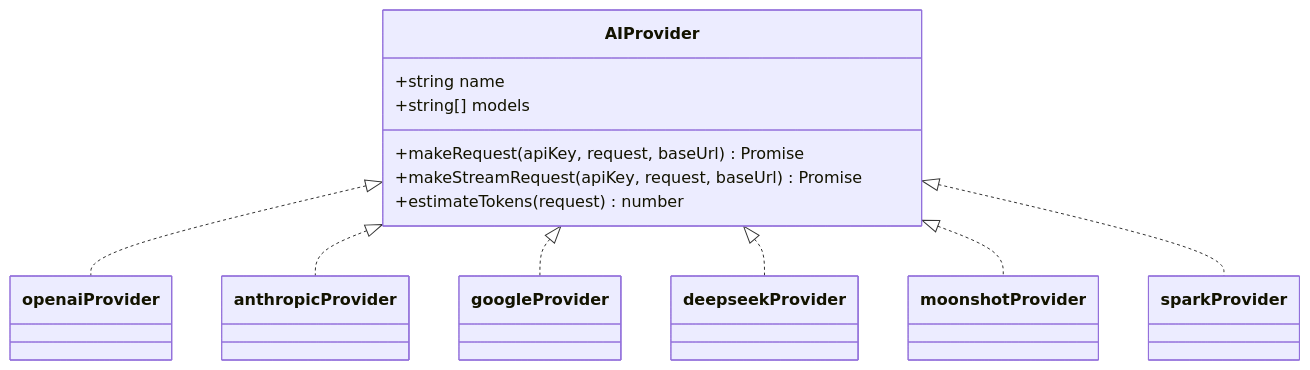
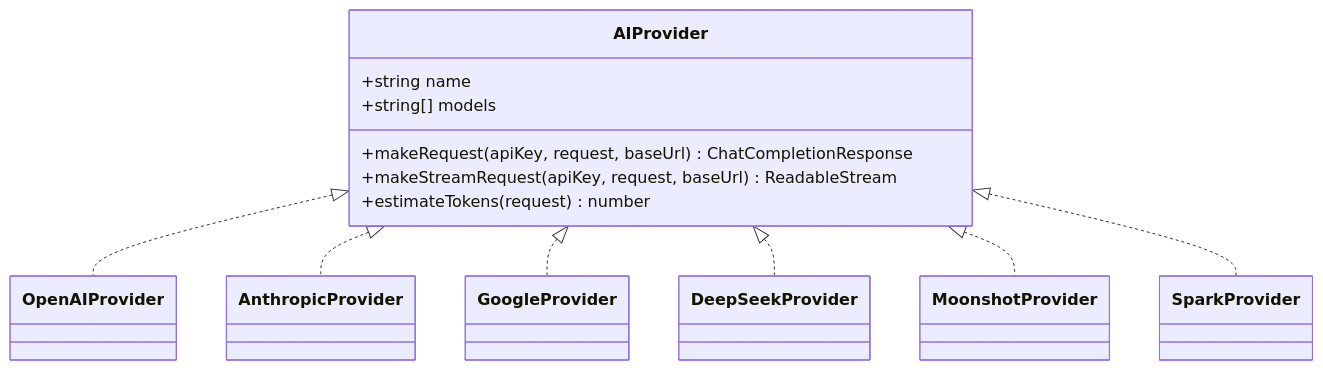
Before and after one commit to RadiumAg/AIGate: the fifth of 6 diagrams in .qoder/repowiki/zh/content/项目概述.md, drawn with Mermaid. The commit also changed other lines of this file and 141 other files, not shown here.

````diff
--- a/.qoder/repowiki/zh/content/项目概述.md
+++ b/.qoder/repowiki/zh/content/项目概述.md
@@ -204,22 +238,22 @@
 ```mermaid
 classDiagram
 class AIProvider {
 +string name
 +string[] models
-+makeRequest(apiKey, request, baseUrl) Promise
-+makeStreamRequest(apiKey, request, baseUrl) Promise
++makeRequest(apiKey, request, baseUrl) ChatCompletionResponse
++makeStreamRequest(apiKey, request, baseUrl) ReadableStream
 +estimateTokens(request) number
 }
-class openaiProvider
-class anthropicProvider
-class googleProvider
-class deepseekProvider
-class moonshotProvider
-class sparkProvider
-AIProvider <|.. openaiProvider
-AIProvider <|.. anthropicProvider
-AIProvider <|.. googleProvider
-AIProvider <|.. deepseekProvider
-AIProvider <|.. moonshotProvider
-AIProvider <|.. sparkProvider
+class OpenAIProvider
+class AnthropicProvider
+class GoogleProvider
+class DeepSeekProvider
+class MoonshotProvider
+class SparkProvider
+AIProvider <|.. OpenAIProvider
+AIProvider <|.. AnthropicProvider
+AIProvider <|.. GoogleProvider
+AIProvider <|.. DeepSeekProvider
+AIProvider <|.. MoonshotProvider
+AIProvider <|.. SparkProvider
 ```
````
